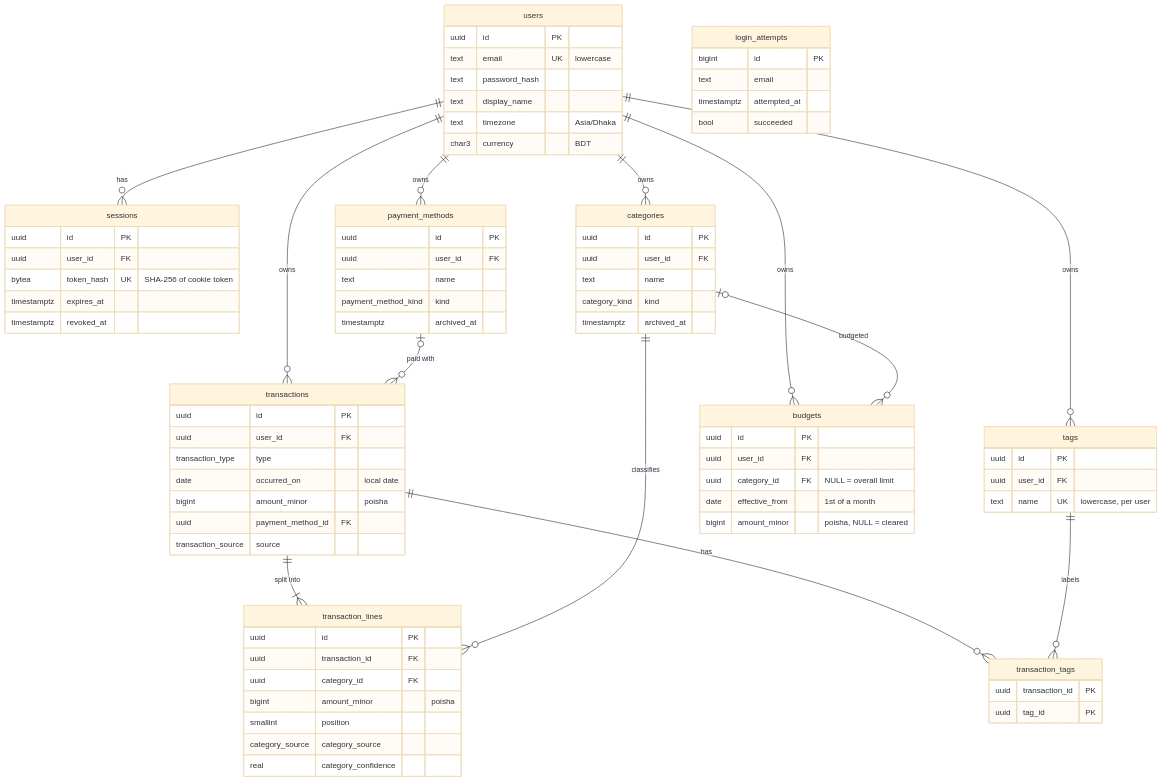
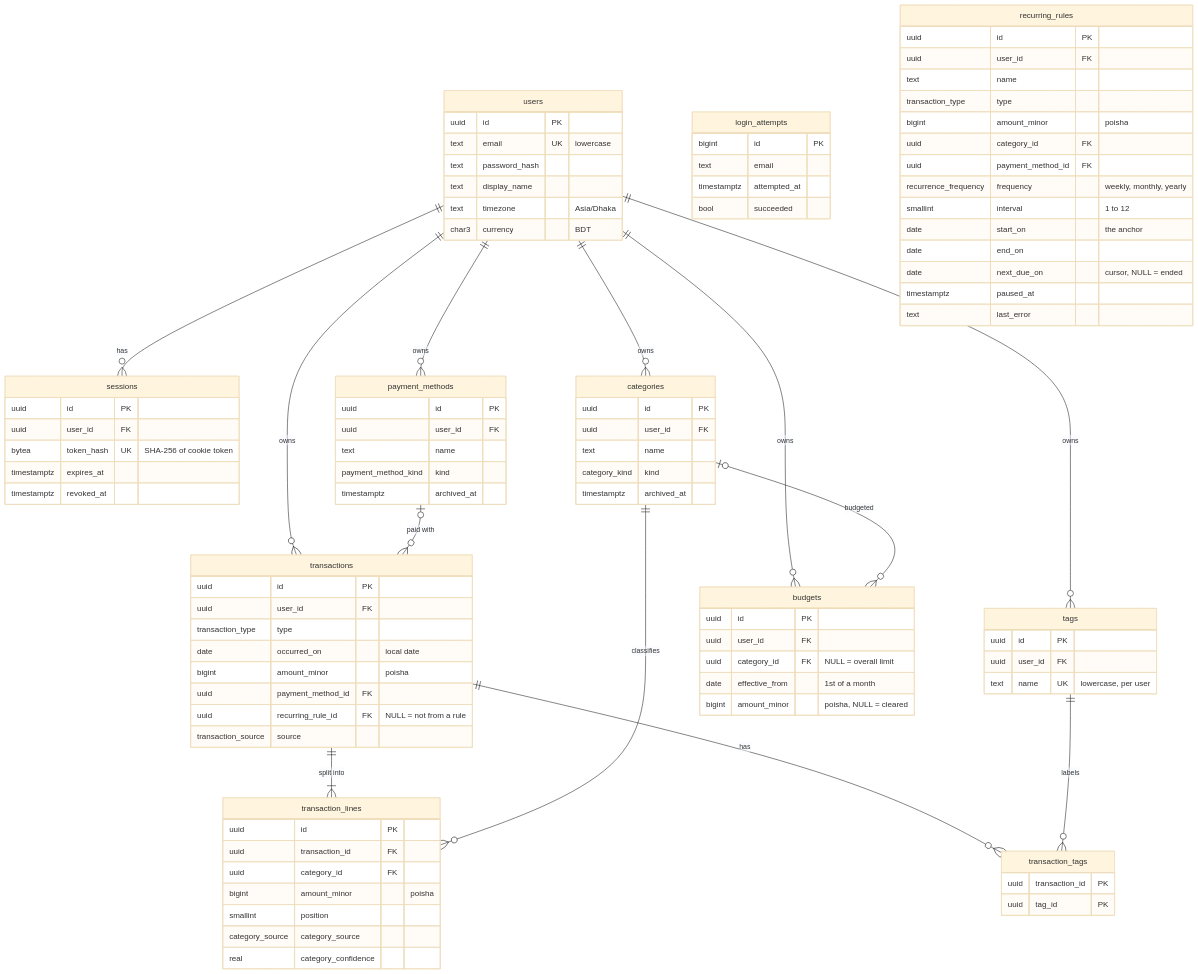
Before and after one commit to monjurul0007/kori: the diagram in docs/data-model.md, drawn with Mermaid (base theme). The commit also changed other lines of this file and 23 other files, not shown here.

First line of the commit message:
feat(api): recurring rules model and API

```diff
--- a/docs/data-model.md
+++ b/docs/data-model.md
@@ -62,7 +62,24 @@
         date occurred_on "local date"
         bigint amount_minor "poisha"
         uuid payment_method_id FK
+        uuid recurring_rule_id FK "NULL = not from a rule"
         transaction_source source
+    }
+    recurring_rules {
+        uuid id PK
+        uuid user_id FK
+        text name
+        transaction_type type
+        bigint amount_minor "poisha"
+        uuid category_id FK
+        uuid payment_method_id FK
+        recurrence_frequency frequency "weekly, monthly, yearly"
+        smallint interval "1 to 12"
+        date start_on "the anchor"
+        date end_on
+        date next_due_on "cursor, NULL = ended"
+        timestamptz paused_at
+        text last_error
     }
     transaction_lines {
         uuid id PK
```
